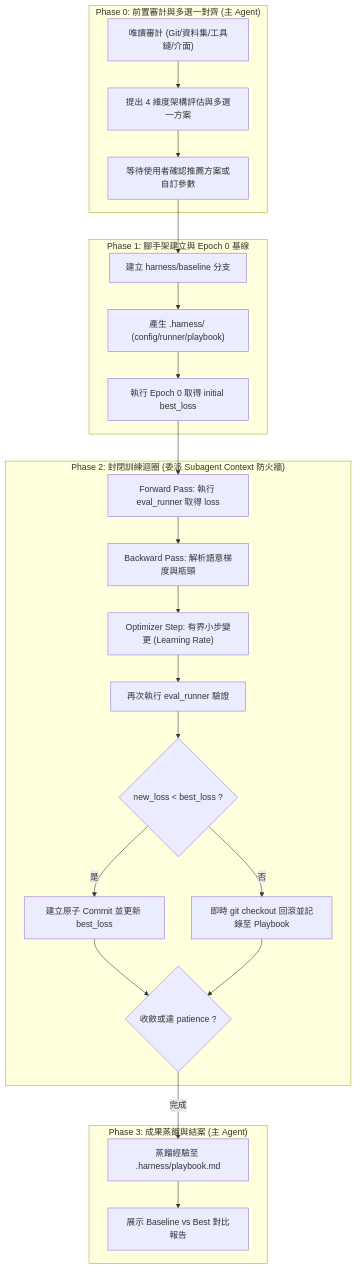
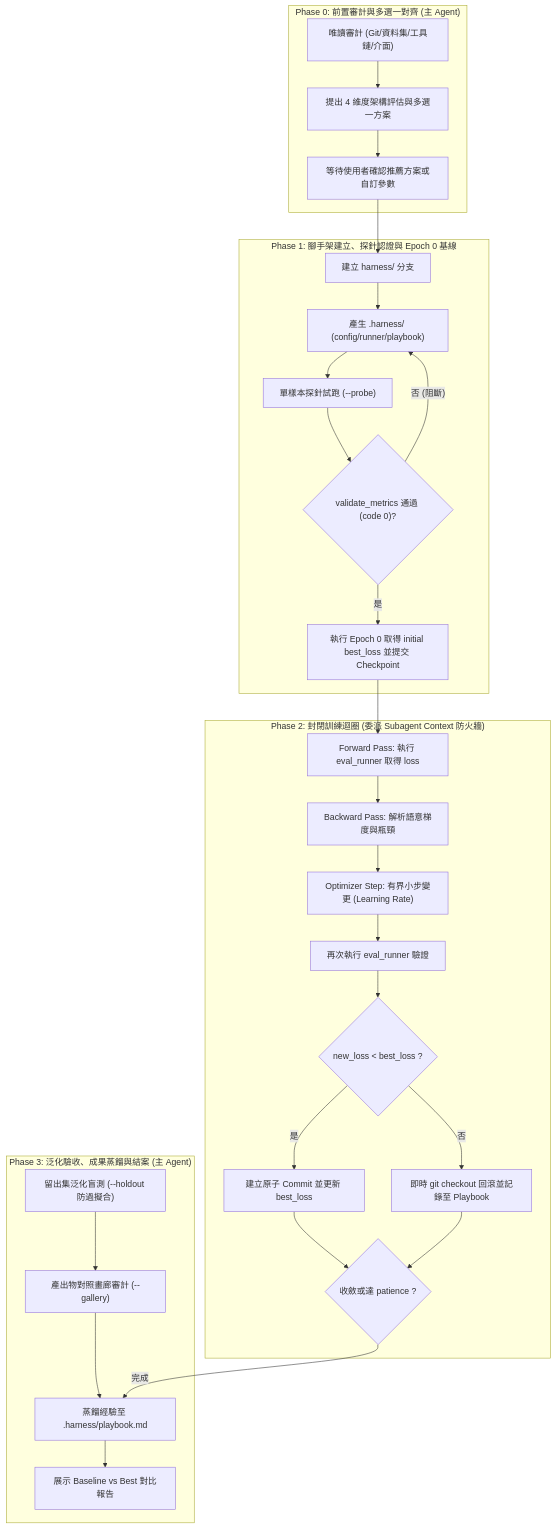
The diagram in plugins/harness-optimizer/README.md (Hsiang0717/agent-infra), drawn with Mermaid before and after one commit. The commit also changed 3 other files, not shown here.

Commit message:
feat(harness-optimizer): enforce scaffolding probe gate, holdout generalization, and artifact protocol

````diff
--- a/plugins/harness-optimizer/README.md
+++ b/plugins/harness-optimizer/README.md
@@ -26,31 +26,36 @@
 ```mermaid
 flowchart TD
     subgraph Phase0 ["Phase 0: 前置審計與多選一對齊 (主 Agent)"]
         Audit["唯讀審計 (Git/資料集/工具鏈/介面)"] --> Proposal["提出 4 維度架構評估與多選一方案"]
         Proposal --> Confirm["等待使用者確認推薦方案或自訂參數"]
     end
 
-    subgraph Phase1 ["Phase 1: 腳手架建立與 Epoch 0 基線"]
-        Branch["建立 harness/baseline 分支"] --> Scaffold["產生 .harness/ (config/runner/playbook)"]
-        Scaffold --> Baseline["執行 Epoch 0 取得 initial best_loss"]
+    subgraph Phase1 ["Phase 1: 腳手架建立、探針認證與 Epoch 0 基線"]
+        Branch["建立 harness/<topic> 分支"] --> Scaffold["產生 .harness/ (config/runner/playbook)"]
+        Scaffold --> Probe["單樣本探針試跑 (--probe)"]
+        Probe --> SchemaGate{"validate_metrics 通過 (code 0)?"}
+        SchemaGate -- 否 (阻斷) --> Scaffold
+        SchemaGate -- 是 --> Baseline["執行 Epoch 0 取得 initial best_loss 並提交 Checkpoint"]
     end
 
     subgraph Phase2 ["Phase 2: 封閉訓練迴圈 (委派 Subagent Context 防火牆)"]
         Forward["Forward Pass: 執行 eval_runner 取得 loss"] --> Backward["Backward Pass: 解析語意梯度與瓶頸"]
         Backward --> Mutate["Optimizer Step: 有界小步變更 (Learning Rate)"]
         Mutate --> Evaluate["再次執行 eval_runner 驗證"]
         Evaluate --> Check{"new_loss < best_loss ?"}
         Check -- 是 --> Commit["建立原子 Commit 並更新 best_loss"]
         Check -- 否 --> Rollback["即時 git checkout 回滾並記錄至 Playbook"]
         Commit --> Next{"收斂或達 patience ?"}
         Rollback --> Next
     end
 
-    subgraph Phase3 ["Phase 3: 成果蒸餾與結案 (主 Agent)"]
-        Distill["蒸餾經驗至 .harness/playbook.md"] --> Report["展示 Baseline vs Best 對比報告"]
+    subgraph Phase3 ["Phase 3: 泛化驗收、成果蒸餾與結案 (主 Agent)"]
+        Holdout["留出集泛化盲測 (--holdout 防過擬合)"] --> Gallery["產出物對照畫廊審計 (--gallery)"]
+        Gallery --> Distill["蒸餾經驗至 .harness/playbook.md"]
+        Distill --> Report["展示 Baseline vs Best 對比報告"]
     end
 
     Confirm --> Branch
     Baseline --> Forward
     Next -- 完成 --> Distill
 ```
````
